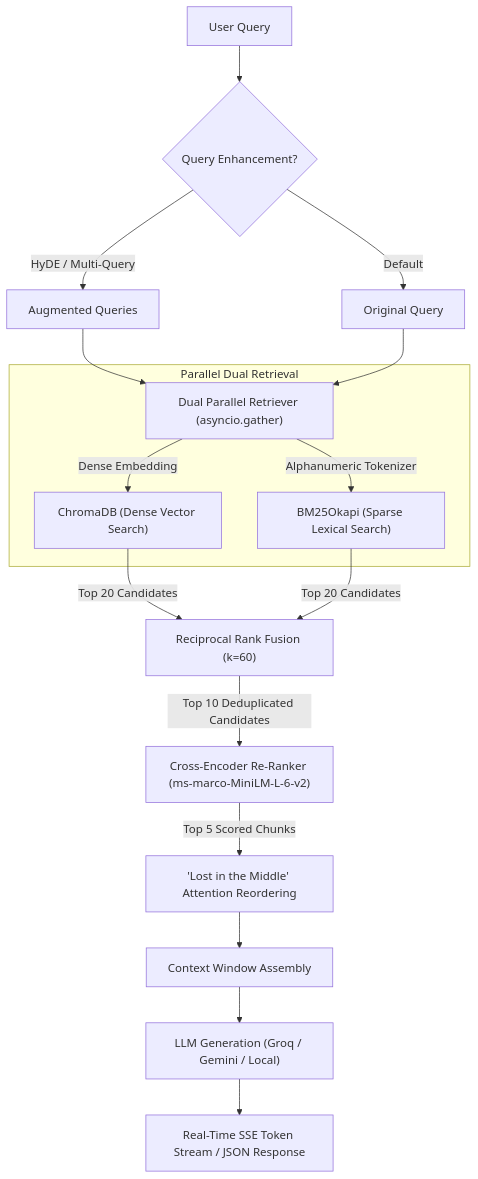
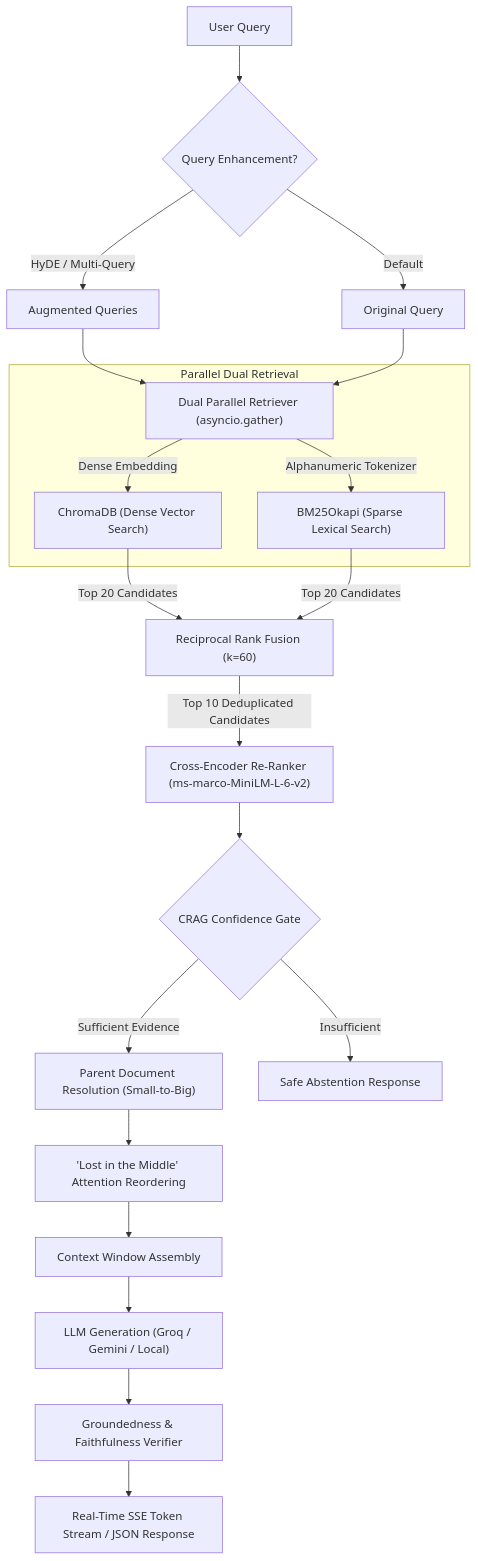
Before and after one commit to MohdArshad-cell/FusionRAG: the diagram in README.md, drawn with Mermaid. The commit also changed other lines of this file, not shown here.

Commit message:
docs: streamline README headings, update architecture diagram, and remove interview Q&A

````diff
--- a/README.md
+++ b/README.md
@@ -47,23 +47,27 @@
 ```mermaid
 flowchart TD
     UserQuery["User Query"] --> Enhancement{"Query Enhancement?"}
     Enhancement -->|HyDE / Multi-Query| EnhancedQueries["Augmented Queries"]
     Enhancement -->|Default| SingleQuery["Original Query"]
 
     EnhancedQueries --> ParallelRetriever["Dual Parallel Retriever (asyncio.gather)"]
     SingleQuery --> ParallelRetriever
 
     subgraph Parallel Dual Retrieval
         ParallelRetriever -->|Dense Embedding| Chroma["ChromaDB (Dense Vector Search)"]
         ParallelRetriever -->|Alphanumeric Tokenizer| BM25["BM25Okapi (Sparse Lexical Search)"]
     end
 
     Chroma -->|Top 20 Candidates| RRF["Reciprocal Rank Fusion (k=60)"]
     BM25 -->|Top 20 Candidates| RRF
 
     RRF -->|Top 10 Deduplicated Candidates| CrossEncoder["Cross-Encoder Re-Ranker (ms-marco-MiniLM-L-6-v2)"]
-    CrossEncoder -->|Top 5 Scored Chunks| LostInMiddle["'Lost in the Middle' Attention Reordering"]
+    CrossEncoder --> CRAG{"CRAG Confidence Gate"}
+    CRAG -->|Sufficient Evidence| ParentDoc["Parent Document Resolution (Small-to-Big)"]
+    CRAG -->|Insufficient| Abstain["Safe Abstention Response"]
+    ParentDoc --> LostInMiddle["'Lost in the Middle' Attention Reordering"]
     LostInMiddle --> PromptContext["Context Window Assembly"]
     PromptContext --> LLM["LLM Generation (Groq / Gemini / Local)"]
-    LLM --> StreamOut["Real-Time SSE Token Stream / JSON Response"]
+    LLM --> Guardrail["Groundedness & Faithfulness Verifier"]
+    Guardrail --> StreamOut["Real-Time SSE Token Stream / JSON Response"]
 ```
````
